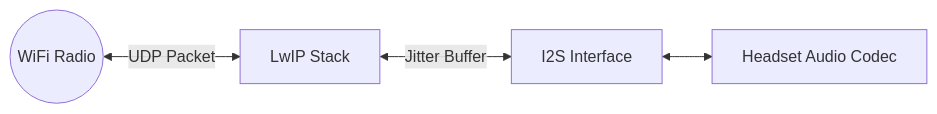
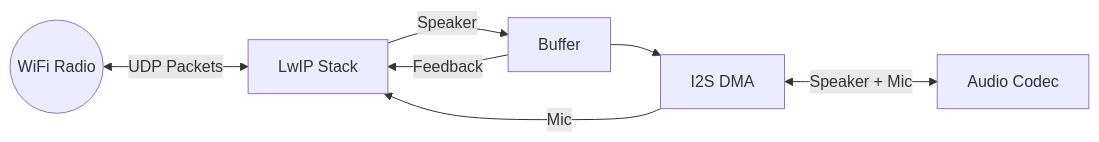
The fifth of 5 diagrams in README.md (gab-k/FlexAudioLink), drawn with Mermaid before and after one commit. The commit also changed other lines of this file and 10 other files, not shown here.

Commit message:
Implement raw 802.11 (L2) audio transport with WMM AC_VO priority; Add feedback loop tuning and WiFi PS detection;

````diff
--- a/README.md
+++ b/README.md
@@ -64,6 +130,15 @@
 ```mermaid
 graph LR
-    WLAN((WiFi Radio)) <-- "UDP Packet" --> Net[LwIP Stack]
-    Net <-- "Jitter Buffer" --> I2S[I2S Interface]
-    I2S <--> CODEC[Headset Audio Codec]
+    WLAN((WiFi Radio))
+    Net[LwIP Stack]
+    BUF[Buffer]
+    I2S[I2S DMA]
+    CODEC[Audio Codec]
+
+    WLAN <-->|"UDP Packets"| Net
+    Net -->|"Speaker"| BUF
+    BUF --> I2S
+    BUF -->|"Feedback"| Net
+    I2S <-->|"Speaker + Mic"| CODEC
+    I2S -->|"Mic"| Net
 ```
````
